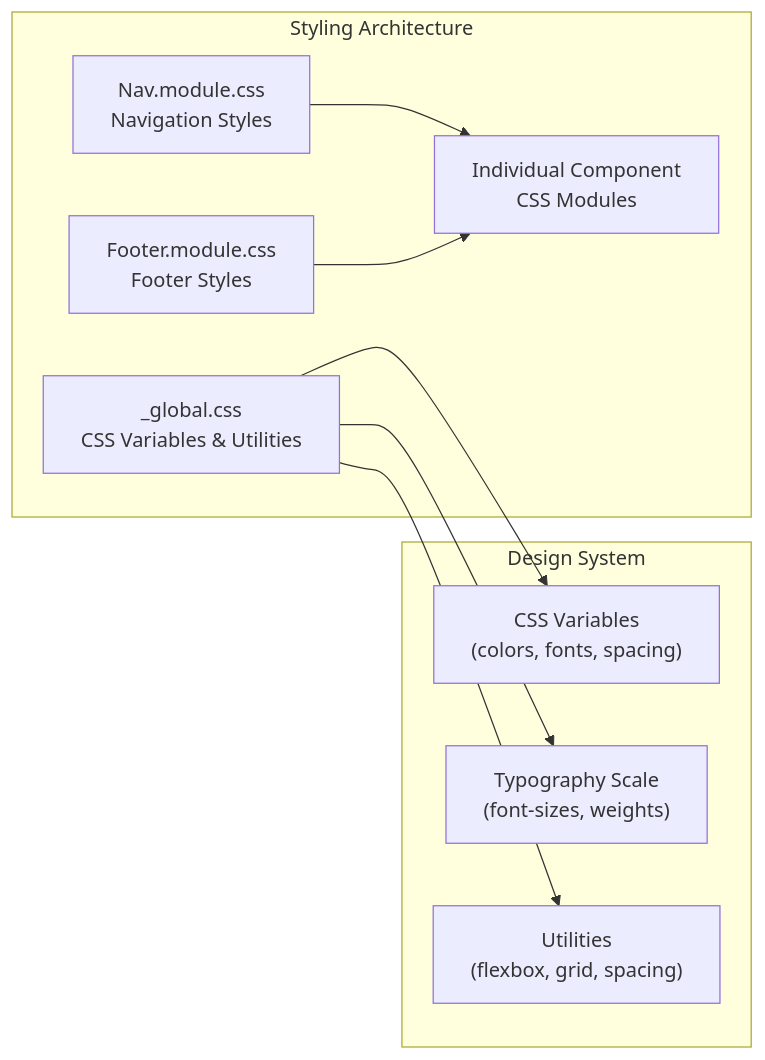
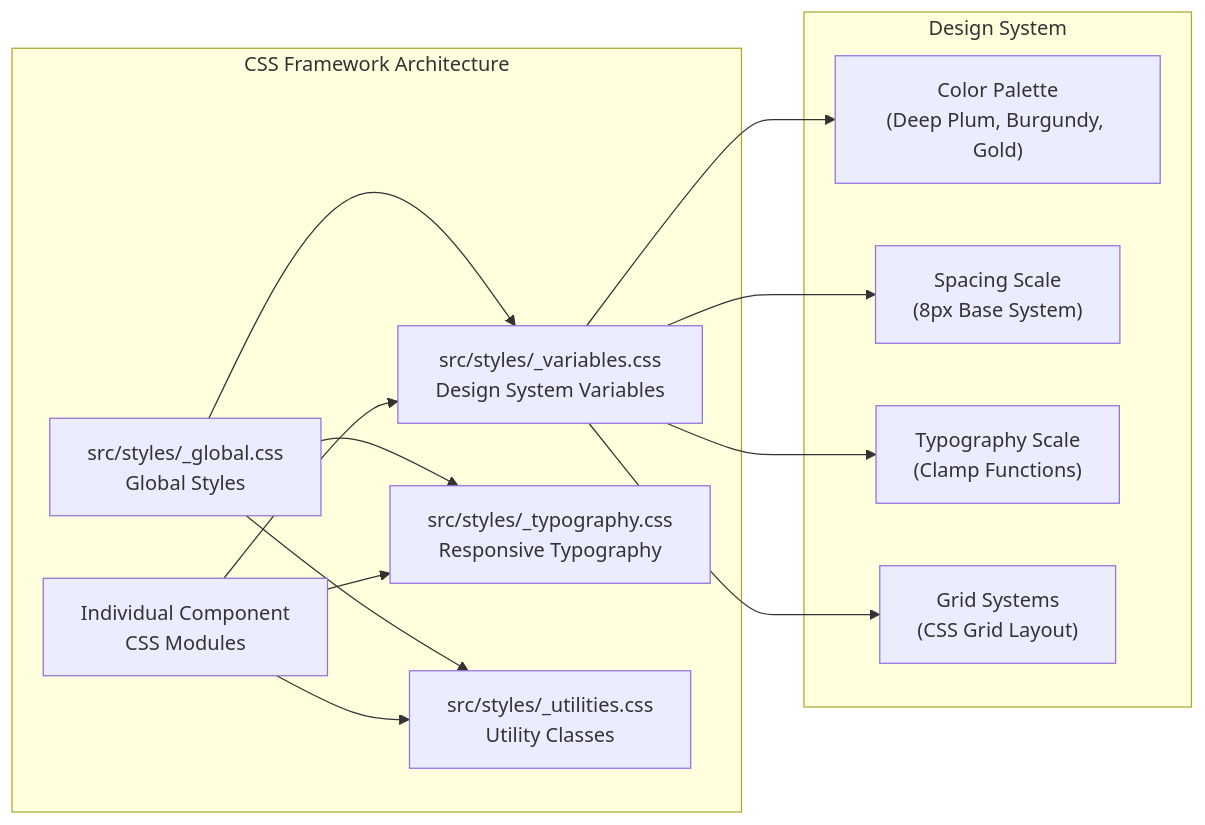
One commit to rakeshmaity271/frankie-picasso changed the fifth of 10 diagrams in .qoder/repowiki/en/content/Development Tools.md. Above: the diagram before and after it, drawn with Mermaid. The commit also changed other lines of this file and 20 other files, not shown here.

Commit message:
fix: add spacing between Awards and Legacy sections, improve mobile hero layout, add site loader

````diff
--- a/.qoder/repowiki/en/content/Development Tools.md
+++ b/.qoder/repowiki/en/content/Development Tools.md
@@ -253,19 +292,26 @@
 ```mermaid
 graph LR
-subgraph "Styling Architecture"
-GLOBAL["_global.css<br/>CSS Variables & Utilities"]
-NAV["Nav.module.css<br/>Navigation Styles"]
-FOOTER["Footer.module.css<br/>Footer Styles"]
+subgraph "CSS Framework Architecture"
+VARS["src/styles/_variables.css<br/>Design System Variables"]
+TYPO["src/styles/_typography.css<br/>Responsive Typography"]
+UTIL["src/styles/_utilities.css<br/>Utility Classes"]
+GLOBAL["src/styles/_global.css<br/>Global Styles"]
 COMPONENTS["Individual Component<br/>CSS Modules"]
 end
 subgraph "Design System"
-VARS["CSS Variables<br/>(colors, fonts, spacing)"]
-TYPO["Typography Scale<br/>(font-sizes, weights)"]
-UTIL["Utilities<br/>(flexbox, grid, spacing)"]
+COLORS["Color Palette<br/>(Deep Plum, Burgundy, Gold)"]
+SPACING["Spacing Scale<br/>(8px Base System)"]
+TYPOGRAPHY["Typography Scale<br/>(Clamp Functions)"]
+GRID["Grid Systems<br/>(CSS Grid Layout)"]
 end
+VARS --> COLORS
+VARS --> SPACING
+VARS --> TYPOGRAPHY
+VARS --> GRID
 GLOBAL --> VARS
 GLOBAL --> TYPO
 GLOBAL --> UTIL
-NAV --> COMPONENTS
-FOOTER --> COMPONENTS
+COMPONENTS --> VARS
+COMPONENTS --> UTIL
+COMPONENTS --> TYPO
 ```
````
